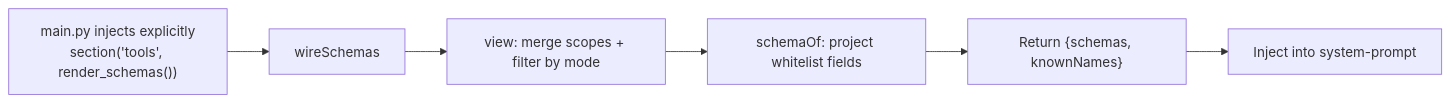
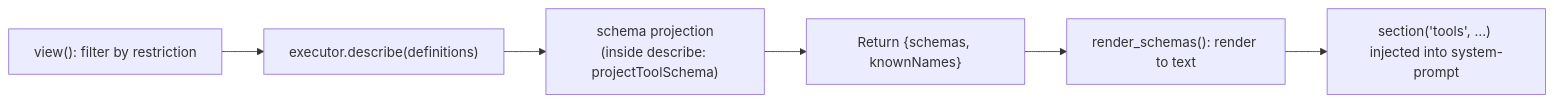
Before and after one commit to ChenYu1991ppak/deepseek-harness-anatomy: the second of 4 diagrams in ch04/ch04-tools-pipeline_en.md, drawn with Mermaid. The commit also changed other lines of this file and 124 other files, not shown here.

````diff
--- a/ch04/ch04-tools-pipeline_en.md
+++ b/ch04/ch04-tools-pipeline_en.md
@@ -221,8 +259,8 @@
 ```mermaid
 flowchart LR
-    A["main.py injects explicitly<br/>section('tools', render_schemas())"] --> B[wireSchemas]
-    B --> C[view: merge scopes + filter by mode]
-    C --> D[schemaOf: project whitelist fields]
-    D --> E["Return {schemas, knownNames}"]
-    E --> F[Inject into system-prompt]
+    V["view(): filter by restriction"] --> D["executor.describe(definitions)"]
+    D --> P["schema projection<br/>(inside describe: projectToolSchema)"]
+    P --> E["Return {schemas, knownNames}"]
+    E --> R["render_schemas(): render to text"]
+    R --> S["section('tools', …) injected into system-prompt"]
 ```
````
